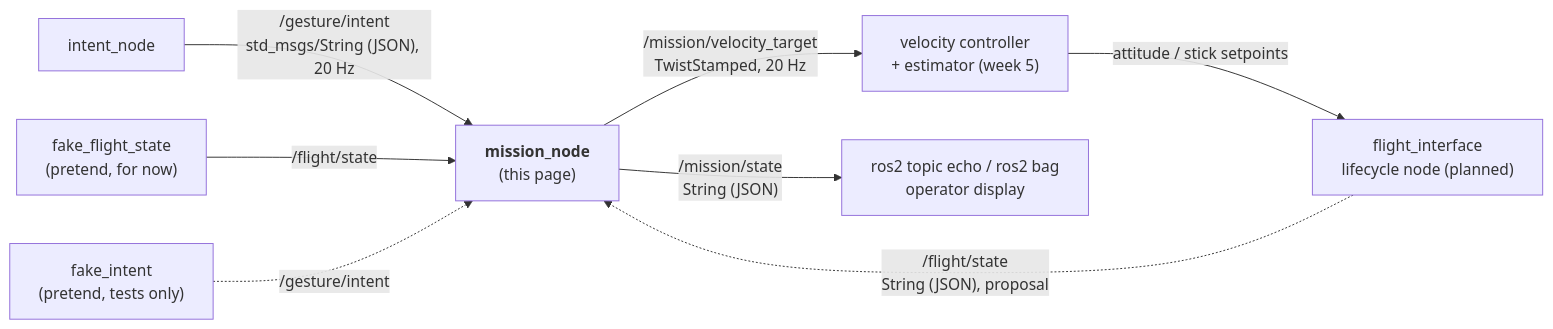
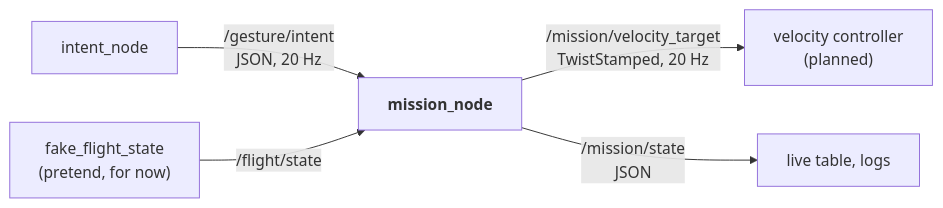
The first of 2 diagrams in docs/PraticalPlan/06 Gestures/04 Mission Node.md (SEAME-pt/SEA-ME_Team1_ROSRangers), drawn with Mermaid before and after one commit. The commit also changed other lines of this file and 11 other files, not shown here.

First line of the commit message:
Docs only: gesture pipeline update, cleanup of gesture docs (#122)

````diff
--- a/docs/PraticalPlan/06 Gestures/04 Mission Node.md
+++ b/docs/PraticalPlan/06 Gestures/04 Mission Node.md
@@ -35,10 +33,7 @@
 ```mermaid
 flowchart LR
-  GN[intent_node] -->|"/gesture/intent<br/>std_msgs/String (JSON), 20 Hz"| M["<b>mission_node</b><br/>(this page)"]
-  FI -.->|"/flight/state<br/>String (JSON), proposal"| M
+  GN[intent_node] -->|"/gesture/intent<br/>JSON, 20 Hz"| M["<b>mission_node</b>"]
   FFS["fake_flight_state<br/>(pretend, for now)"] -->|"/flight/state"| M
-  FINT["fake_intent<br/>(pretend, tests only)"] -.->|"/gesture/intent"| M
-  M -->|"/mission/velocity_target<br/>TwistStamped, 20 Hz"| C["velocity controller<br/>+ estimator (week 5)"]
-  M -->|"/mission/state<br/>String (JSON)"| LOG["ros2 topic echo / ros2 bag<br/>operator display"]
-  C -->|"attitude / stick setpoints"| FI["flight_interface<br/>lifecycle node (planned)"]
+  M -->|"/mission/velocity_target<br/>TwistStamped, 20 Hz"| C["velocity controller<br/>(planned)"]
+  M -->|"/mission/state<br/>JSON"| LOG["live table, logs"]
 ```
````
